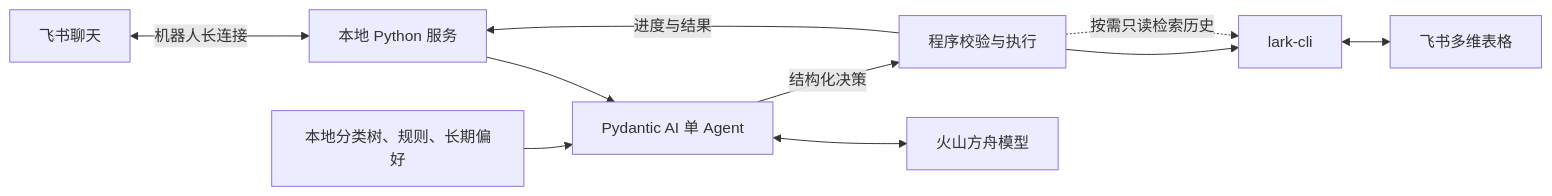
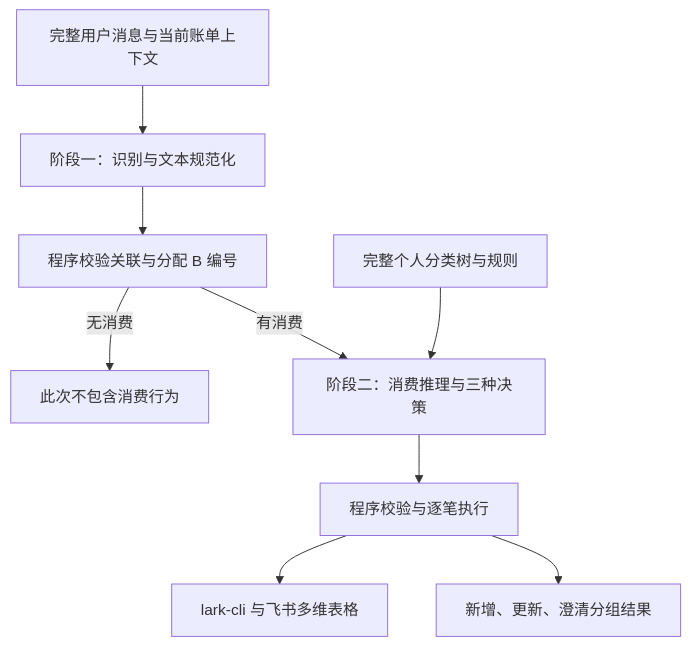
Before and after one commit to muieer/feishu-bitable-bookkeeping-agent: the diagram in README.md, drawn with Mermaid. The commit also changed other lines of this file and 34 other files, not shown here.

````diff
--- a/README.md
+++ b/README.md
@@ -32,12 +25,11 @@
 ```mermaid
-flowchart LR
-    U[飞书聊天] <-->|机器人长连接| S[本地 Python 服务]
-    S --> A[Pydantic AI 单 Agent]
-    A <--> L[火山方舟模型]
-    K[本地分类树、规则、长期偏好] --> A
-    A -->|结构化决策| V[程序校验与执行]
-    V --> C[lark-cli]
-    V -.->|按需只读检索历史| C
-    C <--> B[飞书多维表格]
-    V -->|进度与结果| S
+flowchart TD
+    U[完整用户消息与当前账单上下文] --> R[阶段一：识别与文本规范化]
+    R --> V[程序校验关联与分配 B 编号]
+    V -->|无消费| N[此次不包含消费行为]
+    V -->|有消费| D[阶段二：消费推理与三种决策]
+    K[完整个人分类树与规则] --> D
+    D --> E[程序校验与逐笔执行]
+    E --> C[lark-cli 与飞书多维表格]
+    E --> F[新增、更新、澄清分组结果]
 ```
````
